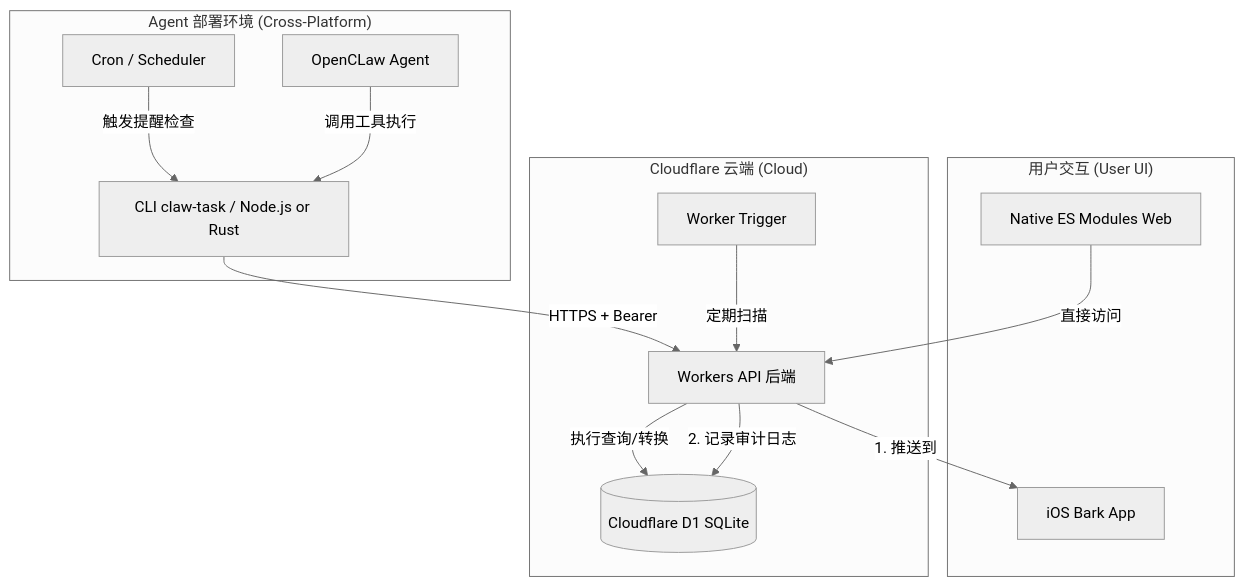
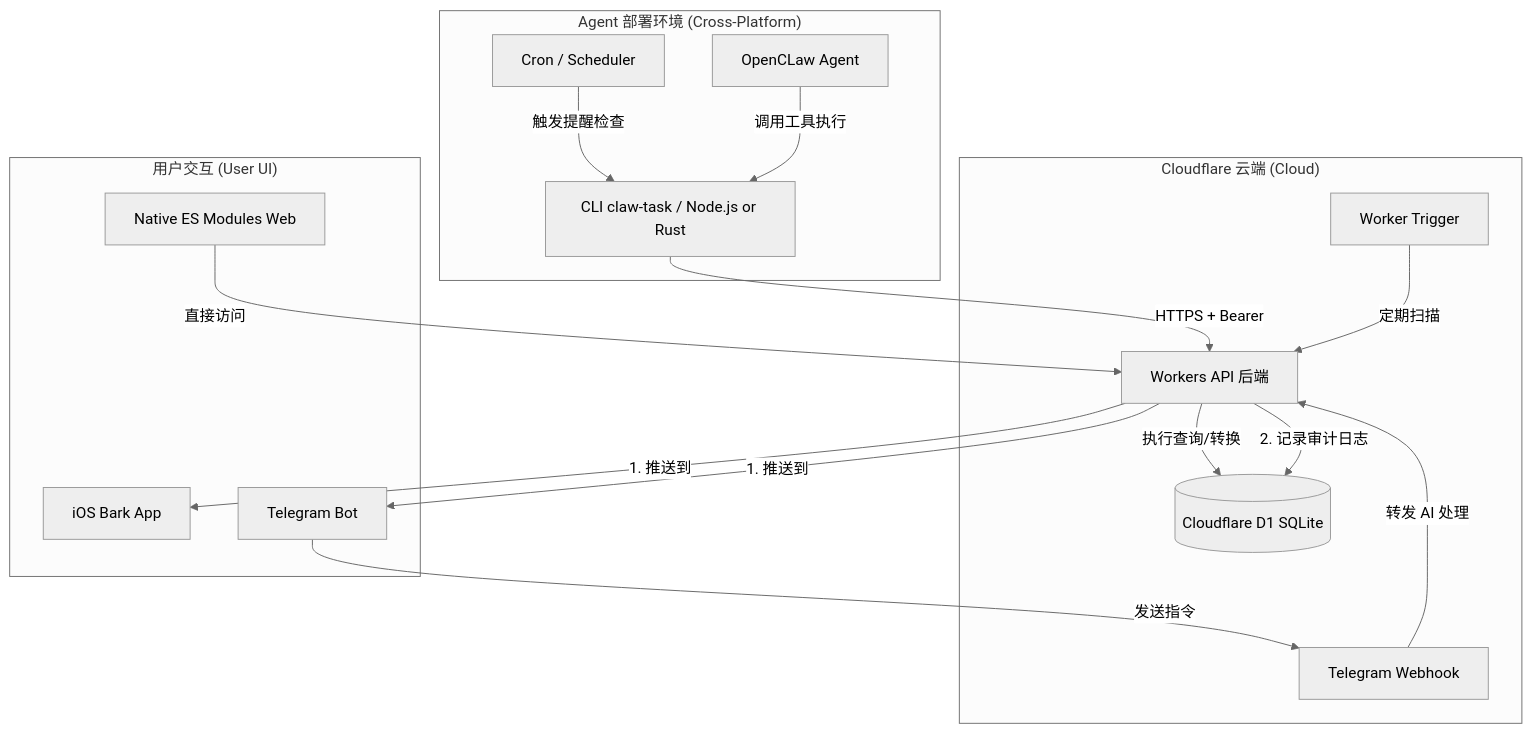
The diagram in docs/技术架构.md (gray0128/claw-owner-task), drawn with Mermaid (neutral theme) before and after one commit. The commit also changed other lines of this file and 11 other files, not shown here.

Commit message:
feat: integrate Telegram bot for notifications and conversational AI task management

````diff
--- a/docs/技术架构.md
+++ b/docs/技术架构.md
@@ -5,30 +5,35 @@
 ```mermaid
 graph TB
     subgraph "Agent 部署环境 (Cross-Platform)"
         CLI[CLI claw-task / Node.js or Rust]
         OpenCLaw[OpenCLaw Agent]
         LocalCron[Cron / Scheduler]
     end
 
     subgraph "用户交互 (User UI)"
         Web[Native ES Modules Web]
         Bark[iOS Bark App]
+        TG[Telegram Bot]
     end
 
     subgraph "Cloudflare 云端 (Cloud)"
         Workers[Workers API 后端]
         CloudCron[Worker Trigger]
         D1[(Cloudflare D1 SQLite)]
+        Webhook[Telegram Webhook]
     end
 
     LocalCron -->|触发提醒检查| CLI
     CLI -->|HTTPS + Bearer| Workers
     Workers -->|执行查询/转换| D1
     
     CloudCron -->|定期扫描| Workers
     Workers -->|1. 推送到| Bark
+    Workers -->|1. 推送到| TG
     Workers -->|2. 记录审计日志| D1
     
+    TG -->|发送指令| Webhook
+    Webhook -->|转发 AI 处理| Workers
     Web -->|直接访问| Workers
     OpenCLaw -->|调用工具执行| CLI
 ```
````
